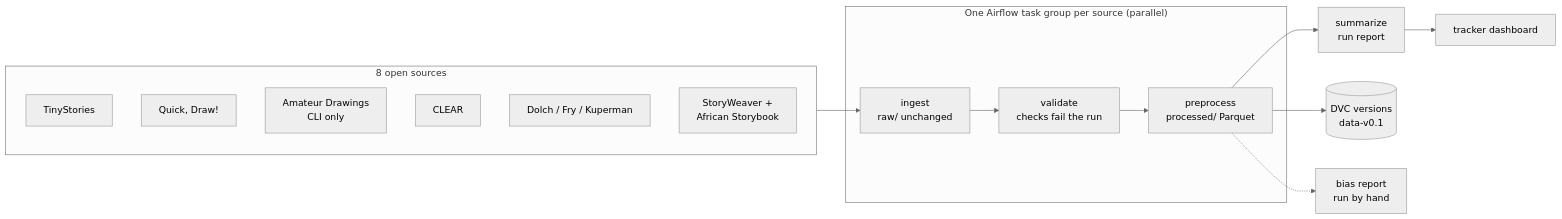
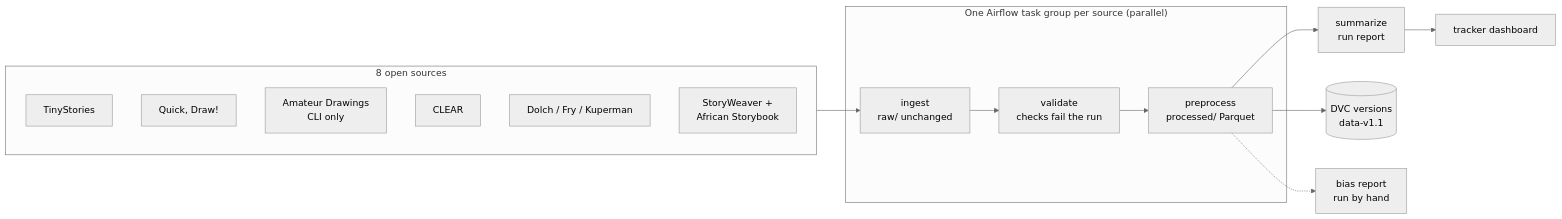
One commit to keithfernandes12/young-illustrators-primer changed the diagram in README.md. Above: the diagram before and after it, drawn with Mermaid (neutral theme). The commit also changed other lines of this file and 4 other files, not shown here.

````diff
--- a/README.md
+++ b/README.md
@@ -29,19 +29,19 @@
 ```mermaid
 flowchart LR
     subgraph Sources["8 open sources"]
         TS[TinyStories]
         QD[Quick, Draw!]
         AD[Amateur Drawings<br/>CLI only]
         CL[CLEAR]
         WL[Dolch / Fry / Kuperman]
         PB[StoryWeaver +<br/>African Storybook]
     end
     subgraph Pipeline["One Airflow task group per source (parallel)"]
         I[ingest<br/>raw/ unchanged] --> V[validate<br/>checks fail the run] --> P[preprocess<br/>processed/ Parquet]
     end
     Sources --> I
     P --> S[summarize<br/>run report]
-    P --> D[(DVC versions<br/>data-v0.1)]
+    P --> D[(DVC versions<br/>data-v1.1)]
     P -.-> B[bias report<br/>run by hand]
     S --> T[tracker dashboard]
 ```
````
